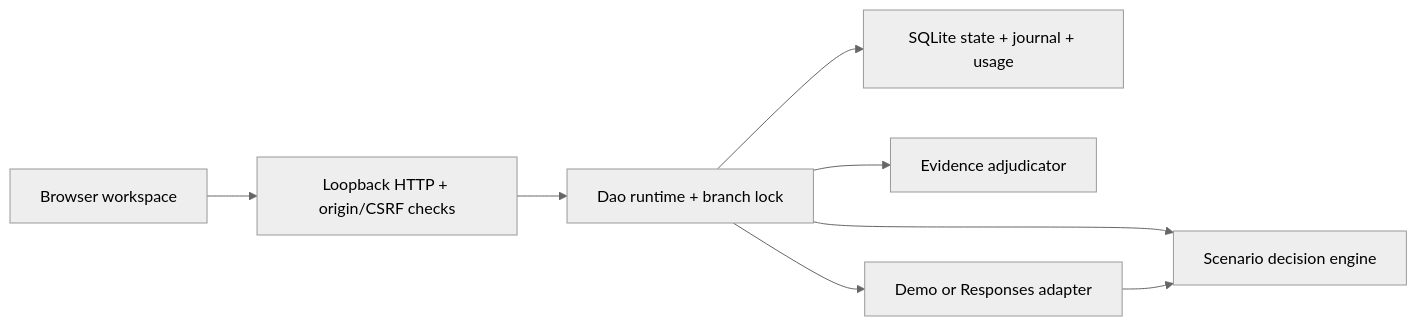
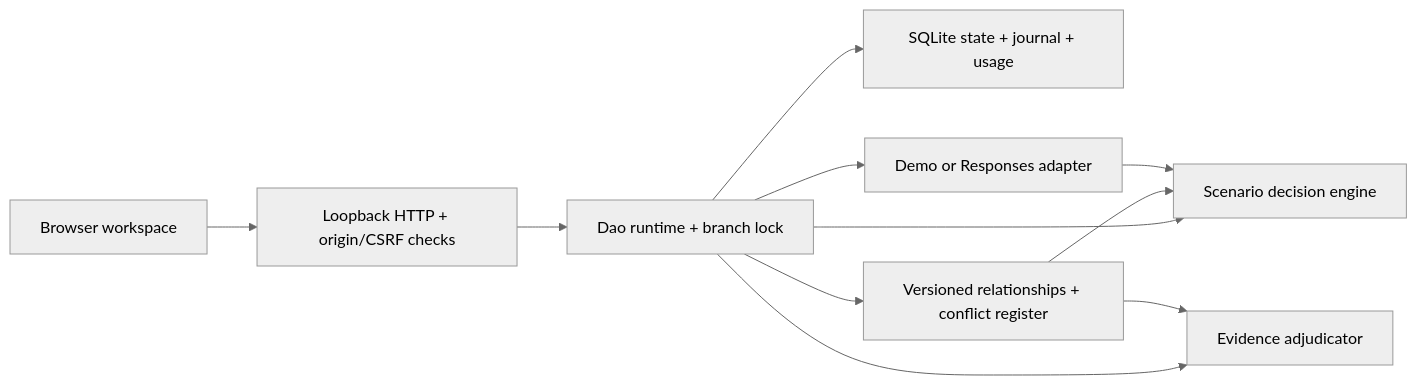
The diagram in docs/architecture.md (Virgo-3/Dao), drawn with Mermaid (neutral theme) before and after one commit. The commit also changed other lines of this file and 21 other files, not shown here.

Commit message:
Add versioned relationship graph and evidence-adjudicated conflict policy

````diff
--- a/docs/architecture.md
+++ b/docs/architecture.md
@@ -3,10 +3,13 @@
 ```mermaid
 flowchart LR
     UI[Browser workspace] --> HTTP[Loopback HTTP + origin/CSRF checks]
     HTTP --> Runtime[Dao runtime + branch lock]
     Runtime --> Store[SQLite state + journal + usage]
     Runtime --> Decision[Scenario decision engine]
     Runtime --> Audit[Evidence adjudicator]
+    Runtime --> Relationships[Versioned relationships + conflict register]
+    Relationships --> Decision
+    Relationships --> Audit
     Runtime --> Provider[Demo or Responses adapter]
     Provider --> Decision
 ```
````
